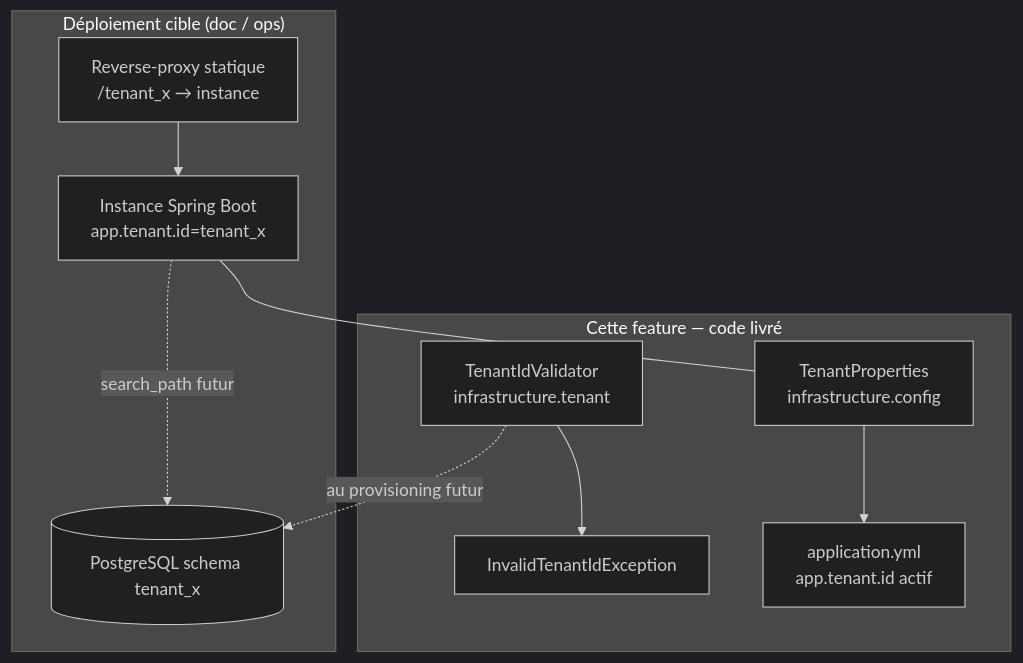
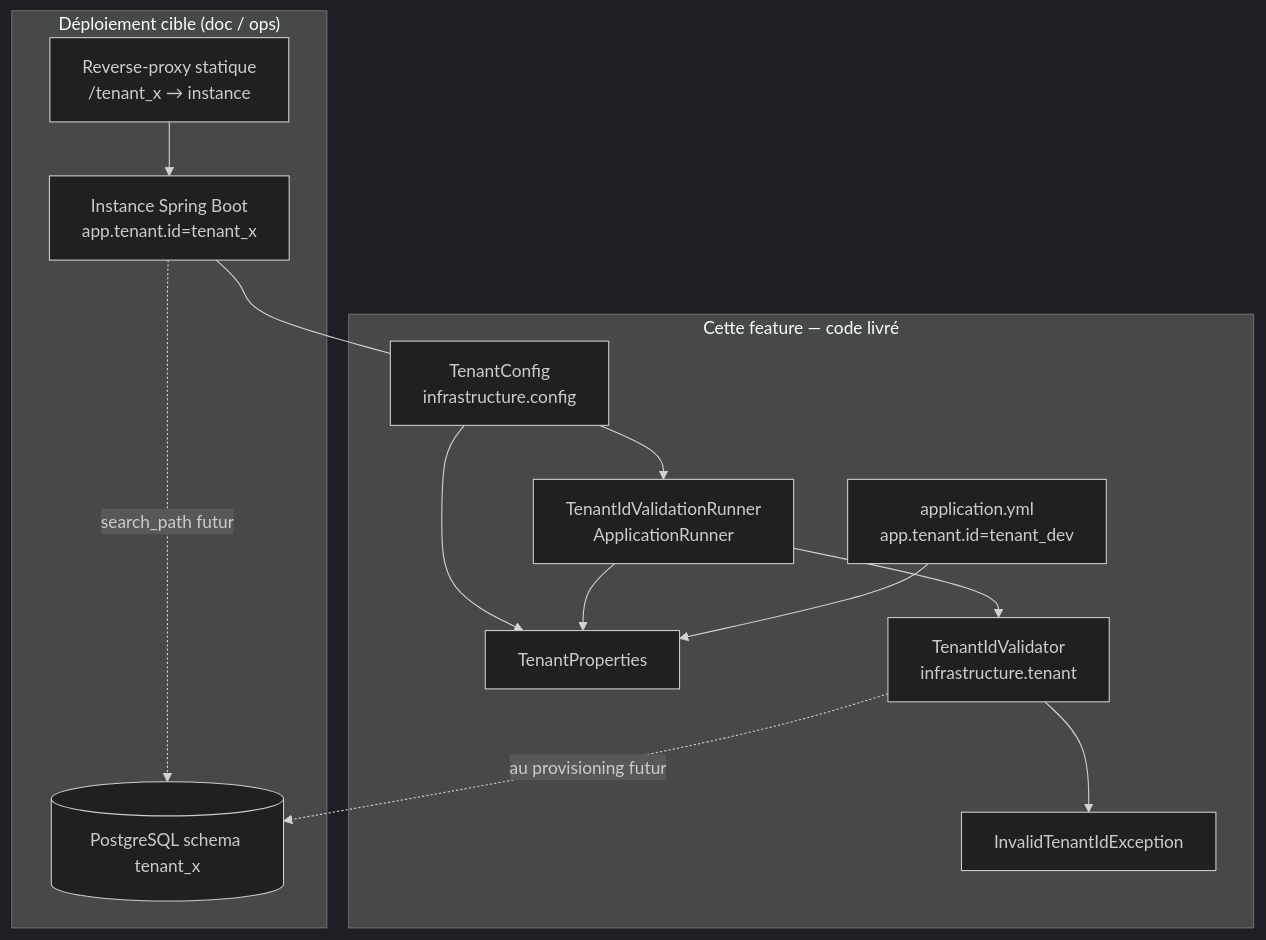
One commit to superjojo79/Myrmacta changed the first of 3 diagrams in docs/ai/design/2026-07-31-feature-multi-tenant.md. Above: the diagram before and after it, drawn with Mermaid (dark theme). The commit also changed other lines of this file and 1 other file, not shown here.

First line of the commit message:
docs(multi-tenant): phase 3 — revue design acceptée

````diff
--- a/docs/ai/design/2026-07-31-feature-multi-tenant.md
+++ b/docs/ai/design/2026-07-31-feature-multi-tenant.md
@@ -18,22 +18,28 @@
 ```mermaid
 flowchart TB
   subgraph deploy["Déploiement cible (doc / ops)"]
     RP[Reverse-proxy statique<br/>/tenant_x → instance]
     INST[Instance Spring Boot<br/>app.tenant.id=tenant_x]
     PG[(PostgreSQL schema tenant_x)]
     RP --> INST
     INST -.->|search_path futur| PG
   end
 
   subgraph this["Cette feature — code livré"]
-    TP[TenantProperties<br/>infrastructure.config]
+    TC[TenantConfig<br/>infrastructure.config]
+    TP[TenantProperties]
+    RUN[TenantIdValidationRunner<br/>ApplicationRunner]
     VAL[TenantIdValidator<br/>infrastructure.tenant]
     EX[InvalidTenantIdException]
-    YML[application.yml<br/>app.tenant.id actif]
-    TP --> YML
+    YML[application.yml<br/>app.tenant.id=tenant_dev]
+    TC --> TP
+    TC --> RUN
+    RUN --> VAL
+    RUN --> TP
     VAL --> EX
+    YML --> TP
   end
 
-  INST --- TP
+  INST --- TC
   VAL -.->|au provisioning futur| PG
 ```
````
